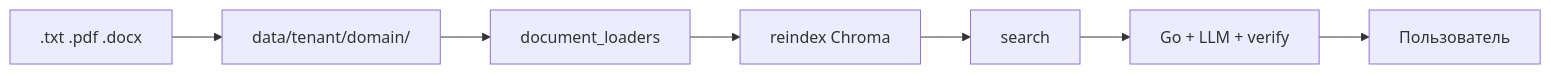
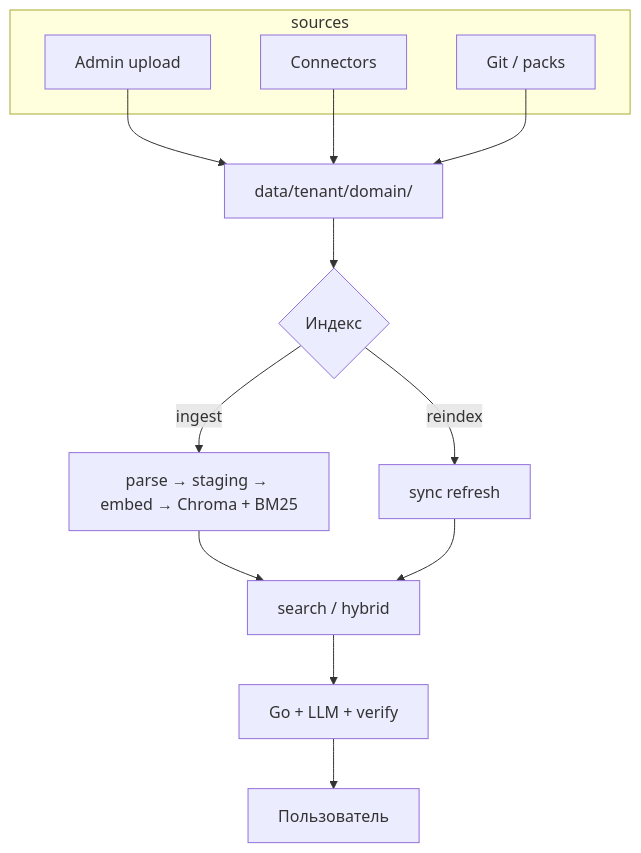
One commit to kantik001/grounded-llm changed the diagram in docs/ru/knowledge-base/data-pipeline.md. Above: the diagram before and after it, drawn with Mermaid. The commit also changed other lines of this file and 61 other files, not shown here.

First line of the commit message:
feat: add async KB ingest pipeline with docs and admin UI (#145)

````diff
--- a/docs/ru/knowledge-base/data-pipeline.md
+++ b/docs/ru/knowledge-base/data-pipeline.md
@@ -9,9 +22,18 @@
 ```mermaid
-flowchart LR
-    A[.txt .pdf .docx] --> B[data/tenant/domain/]
-    B --> C[document_loaders]
-    C --> D[reindex Chroma]
-    D --> E[search]
-    E --> F[Go + LLM + verify]
-    F --> G[Пользователь]
+flowchart TB
+    subgraph sources
+        U[Admin upload]
+        C[Connectors]
+        G[Git / packs]
+    end
+    U --> D[data/tenant/domain/]
+    C --> D
+    G --> D
+    D --> I{Индекс}
+    I -->|ingest| P[parse → staging → embed → Chroma + BM25]
+    I -->|reindex| R[sync refresh]
+    P --> S[search / hybrid]
+    R --> S
+    S --> A[Go + LLM + verify]
+    A --> User[Пользователь]
 ```
````
